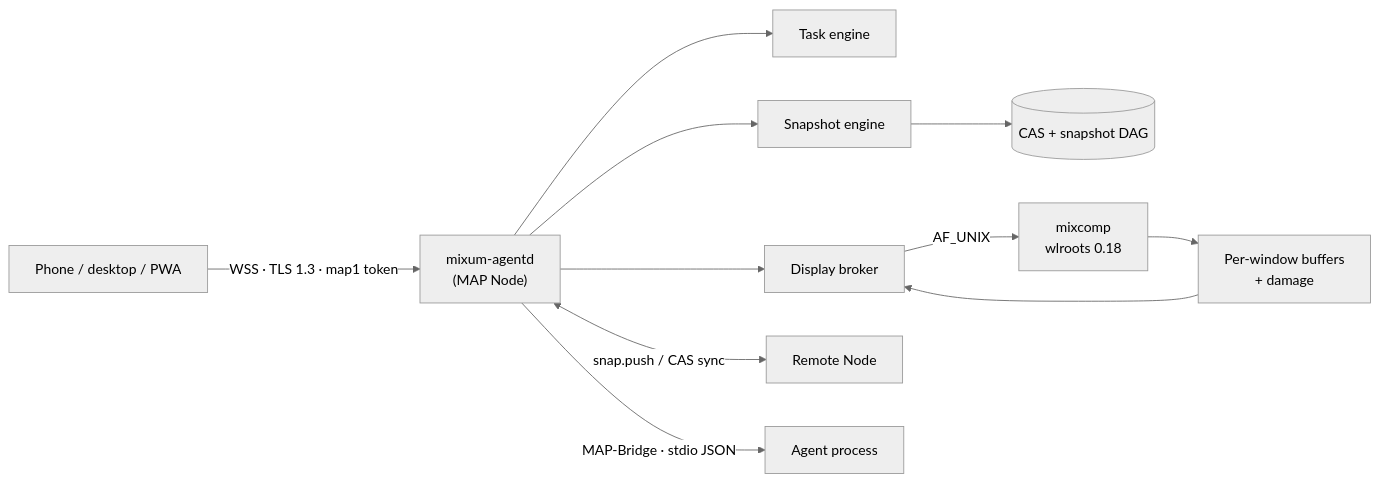
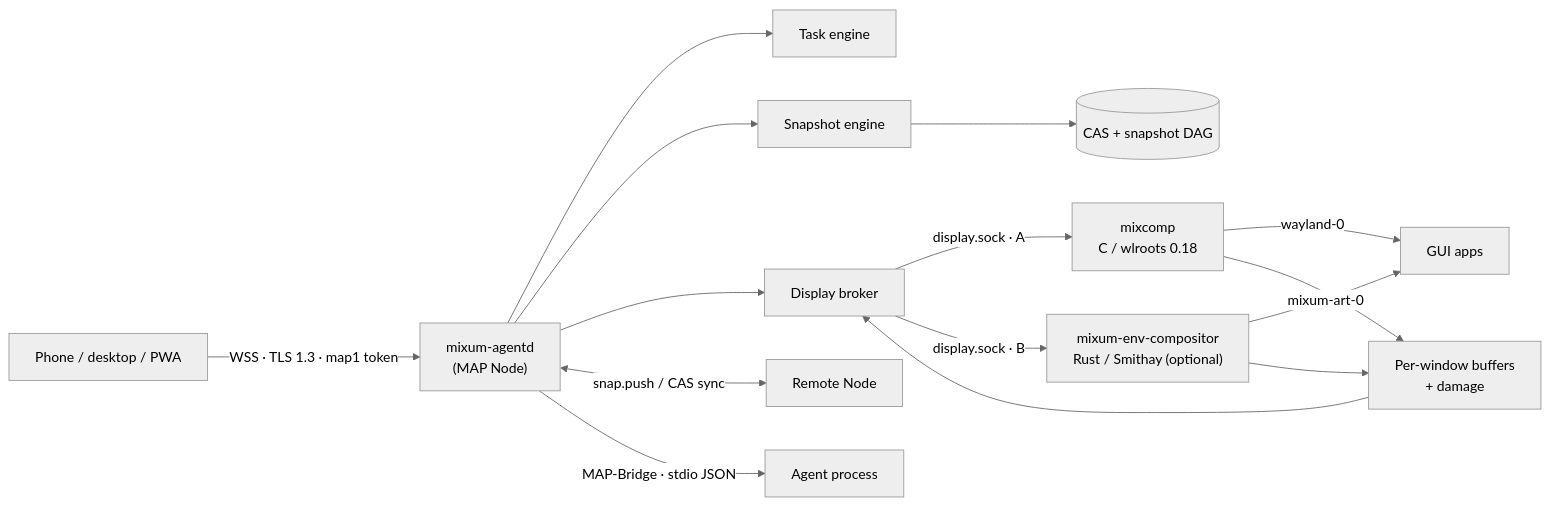
One commit to EmergeShift/mixumOS changed the diagram in README.md. Above: the diagram before and after it, drawn with Mermaid (neutral theme). The commit also changed other lines of this file and 54 other files, not shown here.

````diff
--- a/README.md
+++ b/README.md
@@ -108,13 +108,17 @@
 ```mermaid
 flowchart LR
     U["Phone / desktop / PWA"] -->|"WSS · TLS 1.3 · map1 token"| A["mixum-agentd<br/>(MAP Node)"]
     A --> T["Task engine"]
     A --> S["Snapshot engine"]
     A --> D["Display broker"]
-    D -->|"AF_UNIX"| C["mixcomp<br/>wlroots 0.18"]
+    D -->|"display.sock · A"| C["mixcomp<br/>C / wlroots 0.18"]
+    D -->|"display.sock · B"| B["mixum-env-compositor<br/>Rust / Smithay (optional)"]
     S --> CAS[("CAS + snapshot DAG")]
     A <-->|"snap.push / CAS sync"| R["Remote Node"]
     A -->|"MAP-Bridge · stdio JSON"| X["Agent process"]
+    C -->|"wayland-0"| G["GUI apps"]
+    B -->|"mixum-art-0"| G
     C --> W["Per-window buffers<br/>+ damage"]
+    B --> W
     W --> D
 ```
````
